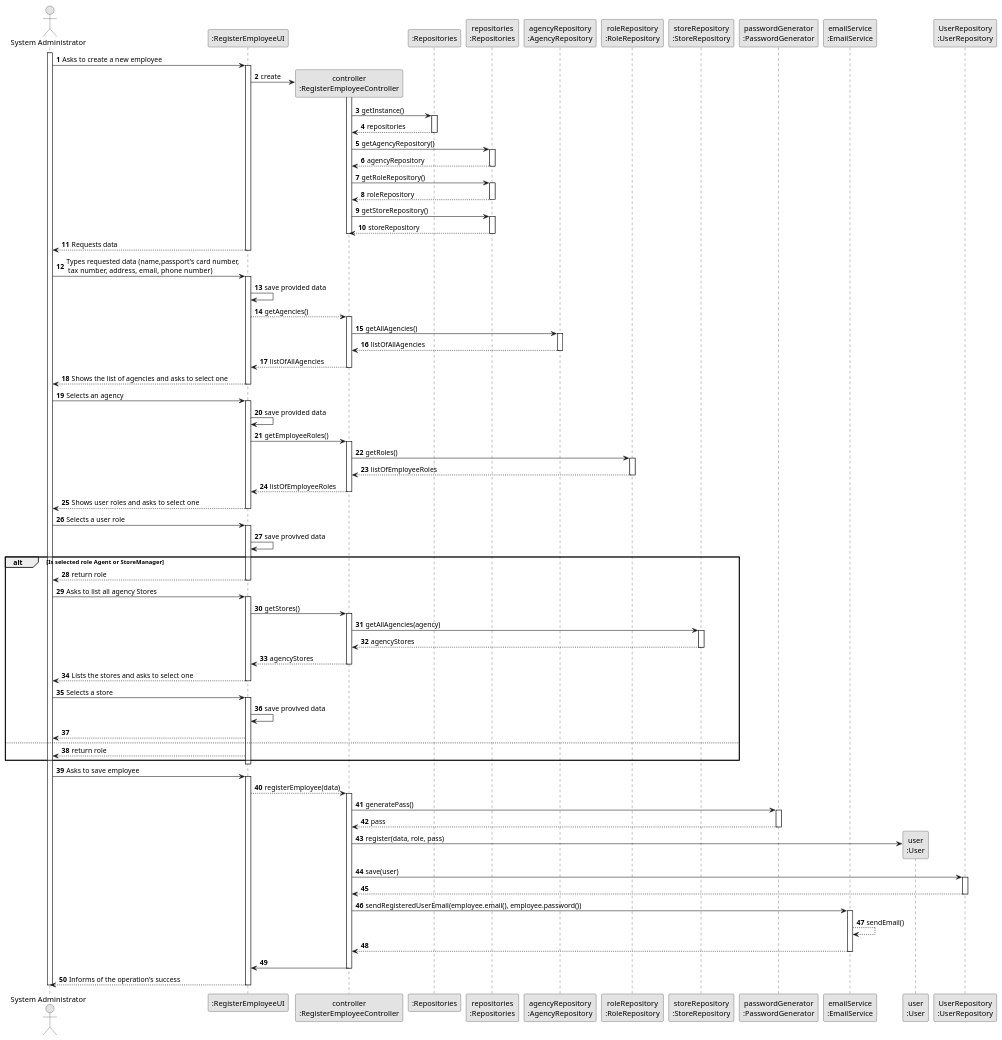
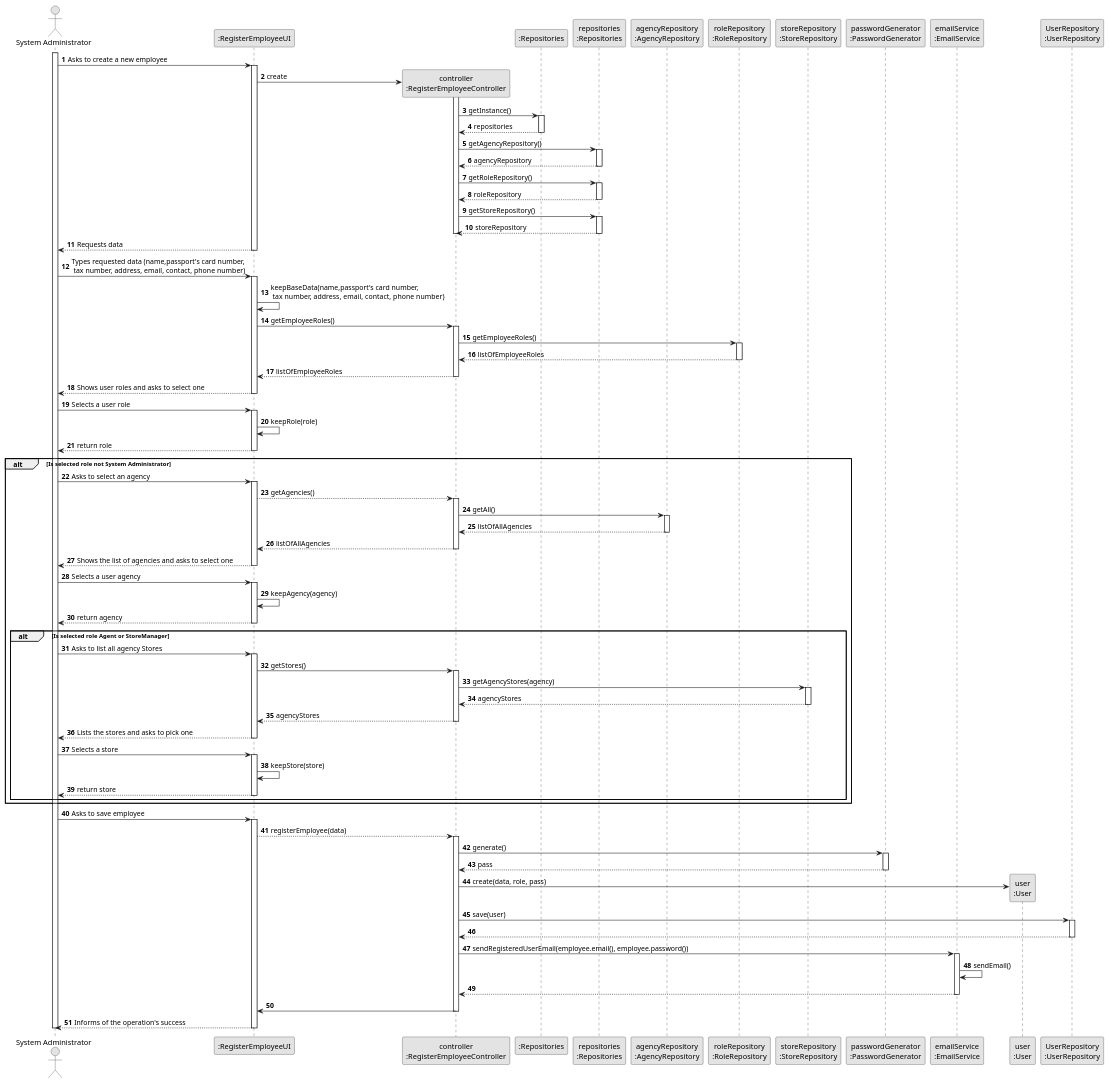
The diagram in docs/sprintB/us003/03.design/puml/us003-sequence-diagram-full.puml (1220812/LAPR2), drawn with PlantUML before and after one commit.

Commit message:
US003 sequence diagram updated

```diff
--- a/docs/sprintB/us003/03.design/puml/us003-sequence-diagram-full.puml
+++ b/docs/sprintB/us003/03.design/puml/us003-sequence-diagram-full.puml
@@ -58,63 +58,71 @@
             UI --> ADM : Requests data
        deactivate UI
 
-       ADM -> UI : Types requested data (name,passport's card number,\n tax number, address,  email, phone number)
+       ADM -> UI : Types requested data (name,passport's card number,\n tax number, address,  email, contact, phone number)
 
        activate UI
-            UI -> UI : save provided data
-            UI --> CTRL : getAgencies()
-            activate CTRL
+        UI -> UI : keepBaseData(name,passport's card number,\n tax number, address,  email, contact, phone number)
+          UI -> CTRL : getEmployeeRoles()
 
-                CTRL -> AREPO : getAllAgencies()
+          activate CTRL
 
-                activate AREPO
+              CTRL -> RREPO : getEmployeeRoles()
 
-                    AREPO --> CTRL : listOfAllAgencies
+              activate RREPO
 
-                deactivate AREPO
+                  RREPO --> CTRL : listOfEmployeeRoles
 
-                CTRL --> UI : listOfAllAgencies
+              deactivate RREPO
 
-            deactivate CTRL
-            UI --> ADM : Shows the list of agencies and asks to select one
+              CTRL --> UI : listOfEmployeeRoles
 
-       deactivate UI
+          deactivate CTRL
 
-       ADM -> UI : Selects an agency
-
-       activate UI
-
-            UI -> UI : save provided data
-            UI -> CTRL : getEmployeeRoles()
-
-            activate CTRL
-
-                CTRL -> RREPO : getRoles()
-
-                activate RREPO
-
-                    RREPO --> CTRL : listOfEmployeeRoles
-
-                deactivate RREPO
-
-                CTRL --> UI : listOfEmployeeRoles
-
-            deactivate CTRL
-
-            UI --> ADM : Shows user roles and asks to select one
+           UI --> ADM : Shows user roles and asks to select one
 
        deactivate UI
 
        ADM -> UI : Selects a user role
 
-       activate UI
+            activate UI
 
-            UI -> UI : save provived data
+                UI -> UI : keepRole(role)
+                UI --> ADM : return role
+            deactivate UI
+
+       alt Is selected role not System Administrator
+
+              ADM -> UI : Asks to select an agency
+
+              activate UI
+
+                    UI --> CTRL : getAgencies()
+                    activate CTRL
+
+                        CTRL -> AREPO : getAll()
+
+                        activate AREPO
+
+                            AREPO --> CTRL : listOfAllAgencies
+
+                        deactivate AREPO
+
+                        CTRL --> UI : listOfAllAgencies
+
+                    deactivate CTRL
+                    UI --> ADM : Shows the list of agencies and asks to select one
+              deactivate UI
+
+            ADM -> UI : Selects a user agency
+
+            activate UI
+
+                UI -> UI : keepAgency(agency)
+                UI --> ADM : return agency
+            deactivate UI
 
 
-       alt Is selected role Agent or StoreManager
-            UI --> ADM : return role
-            deactivate UI
+        alt Is selected role Agent or StoreManager
 
        ADM -> UI : Asks to list all agency Stores
 
@@ -124,7 +132,7 @@
 
                 activate CTRL
 
-                    CTRL -> SREPO : getAllAgencies(agency)
+                    CTRL -> SREPO : getAgencyStores(agency)
 
                     activate SREPO
 
@@ -136,7 +144,7 @@
 
                 deactivate CTRL
 
-                UI --> ADM : Lists the stores and asks to select one
+                UI --> ADM : Lists the stores and asks to pick one
 
                 deactivate UI
 
@@ -144,13 +152,14 @@
 
             activate UI
 
-                UI -> UI : save provived data
-                UI --> ADM :
-       else
-            UI --> ADM : return role
+                UI -> UI : keepStore(store)
+                UI --> ADM : return store
+       deactivate UI
+
+            end
+
        end
 
-       deactivate UI
 
     ADM -> UI : Asks to save employee
 
@@ -160,7 +169,7 @@
 
             activate CTRL
 
-                CTRL -> PASSGEN : generatePass()
+                CTRL -> PASSGEN : generate()
 
                 activate PASSGEN
 
@@ -168,7 +177,7 @@
 
                 deactivate PASSGEN
 
-                CTRL -> EMPLOYEE** : register(data, role, pass)
+                CTRL -> EMPLOYEE** : create(data, role, pass)
 
                 CTRL -> EMREPO : save(user)
 
@@ -182,7 +191,7 @@
 
                 activate EMSERV
 
-                    EMSERV --> EMSERV : sendEmail()
+                    EMSERV -> EMSERV : sendEmail()
                     EMSERV --> CTRL
 
 
```
